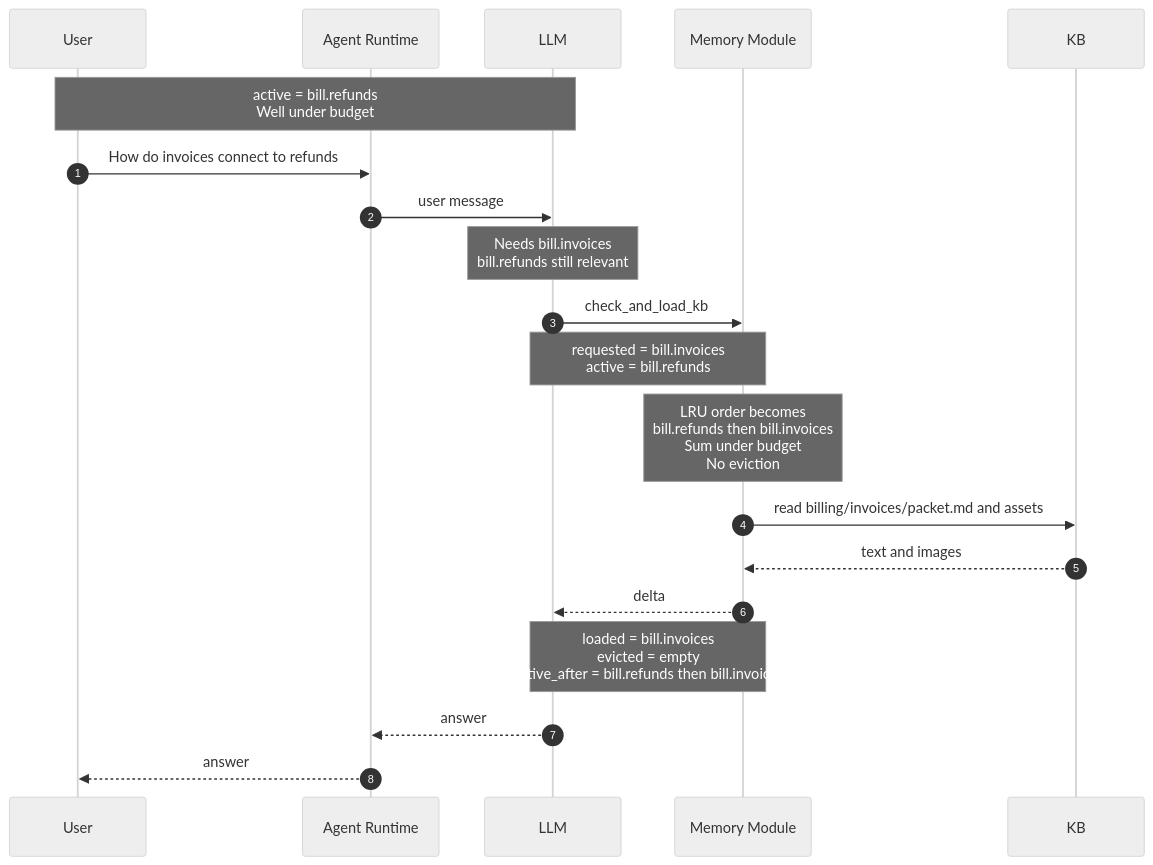
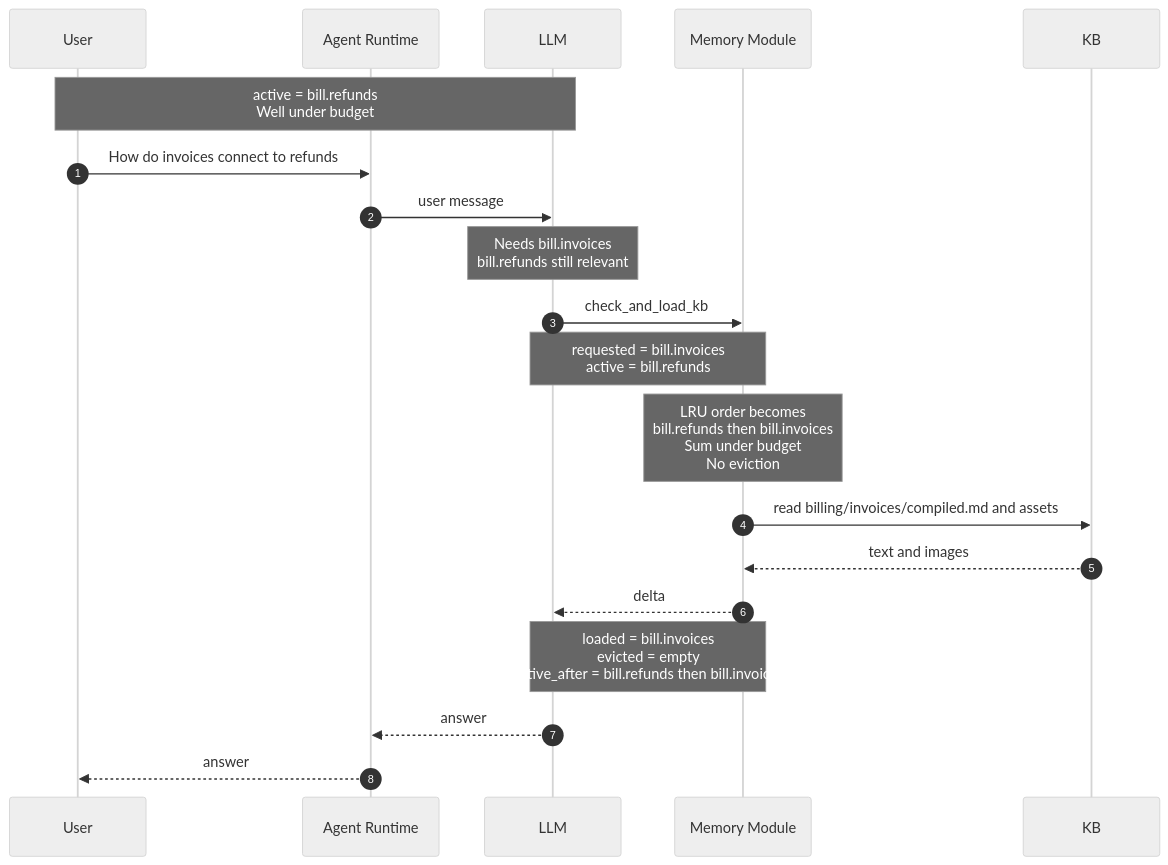
The fourth of 16 diagrams in DESIGN.md (shishircc/hcag), drawn with Mermaid (neutral theme) before and after one commit. The commit also changed other lines of this file and 28 other files, not shown here.

Commit message:
Major update. hcag preprocess is now DFS. All cli now have --verbose flag. All CLI now also have sequence diagrams. Finally packet.md and catalog.md are now combined during DFS approach of creation into compiled.md

````diff
--- a/DESIGN.md
+++ b/DESIGN.md
@@ -883,24 +906,24 @@
 ```mermaid
 sequenceDiagram
     autonumber
     participant U as User
     participant R as Agent Runtime
     participant L as LLM
     participant M as Memory Module
     participant K as KB
 
     Note over U,L: active = bill.refunds<br/>Well under budget
 
     U->>R: How do invoices connect to refunds
     R->>L: user message
     Note over L: Needs bill.invoices<br/>bill.refunds still relevant
     L->>M: check_and_load_kb
     Note over L,M: requested = bill.invoices<br/>active = bill.refunds
     Note over M: LRU order becomes<br/>bill.refunds then bill.invoices<br/>Sum under budget<br/>No eviction
-    M->>K: read billing/invoices/packet.md and assets
+    M->>K: read billing/invoices/compiled.md and assets
     K-->>M: text and images
     M-->>L: delta
     Note over L,M: loaded = bill.invoices<br/>evicted = empty<br/>active_after = bill.refunds then bill.invoices
     L-->>R: answer
     R-->>U: answer
 ```
````
